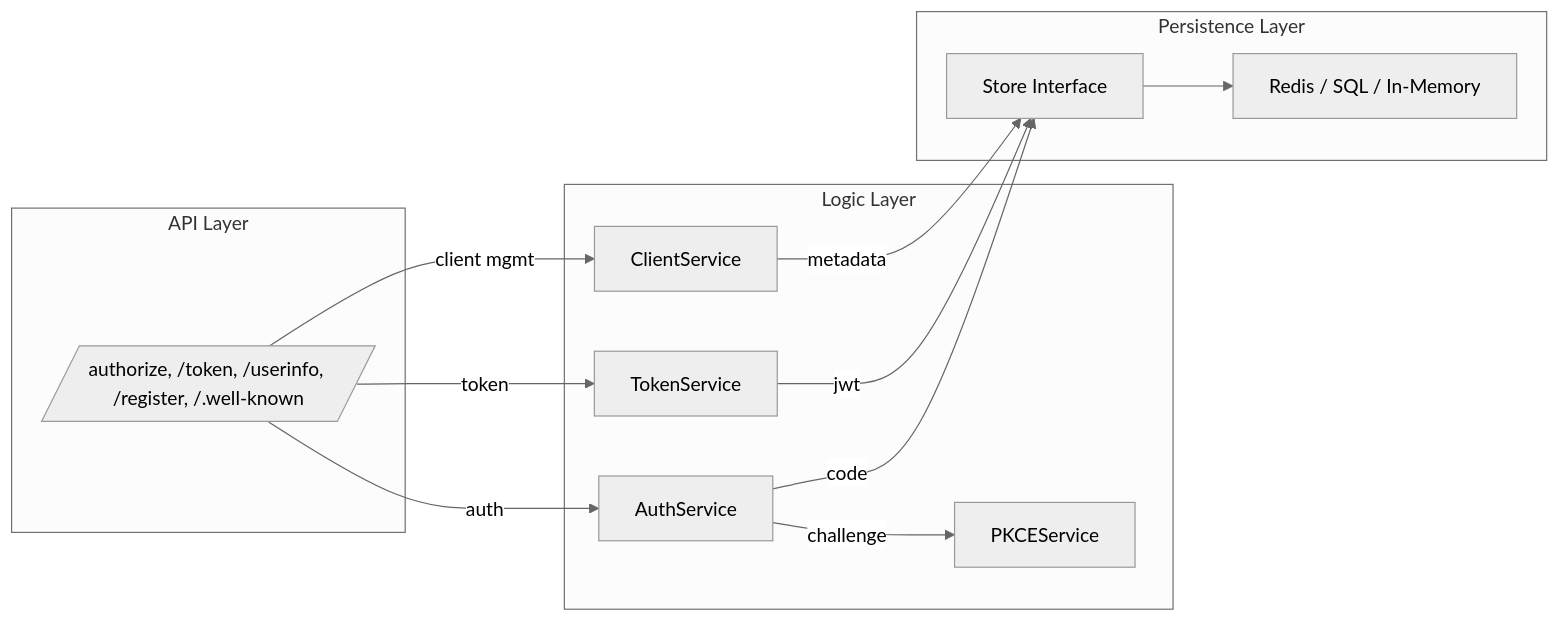
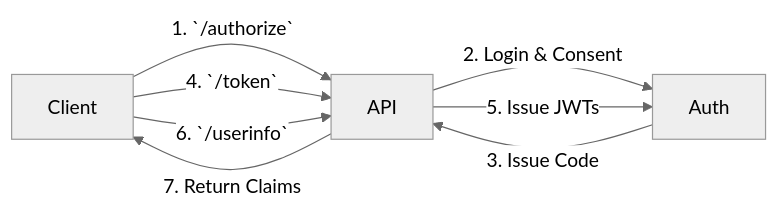
One commit to Shahriarin2garden/OIDC-Provider-from-Scratch changed the second of 2 diagrams in README.md. Above: the diagram before and after it, drawn with Mermaid (neutral theme). The commit also changed other lines of this file, not shown here.

````diff
--- a/README.md
+++ b/README.md
@@ -69,25 +101,10 @@
 ```mermaid
-flowchart LR
-  subgraph API Layer
-    A[/authorize, /token, /userinfo, /register, /.well-known/]
-  end
-  subgraph Logic Layer
-    B[AuthService]
-    C[PKCEService]
-    D[TokenService]
-    E[ClientService]
-  end
-  subgraph Persistence Layer
-    F[Store Interface]
-    G[Redis / SQL / In-Memory]
-  end
-
-  A -->|auth| B
-  B -->|challenge| C
-  B -->|code| F
-  A -->|token| D
-  D -->|jwt| F
-  A -->|client mgmt| E
-  E -->|metadata| F
-  F --> G
+graph LR
+  A[Client] -->|1. `/authorize`| B[API]
+  B -->|2. Login & Consent| C[Auth]
+  C -->|3. Issue Code| B
+  A -->|4. `/token`| B
+  B -->|5. Issue JWTs| C
+  A -->|6. `/userinfo`| B
+  B -->|7. Return Claims| A
 ```
````
